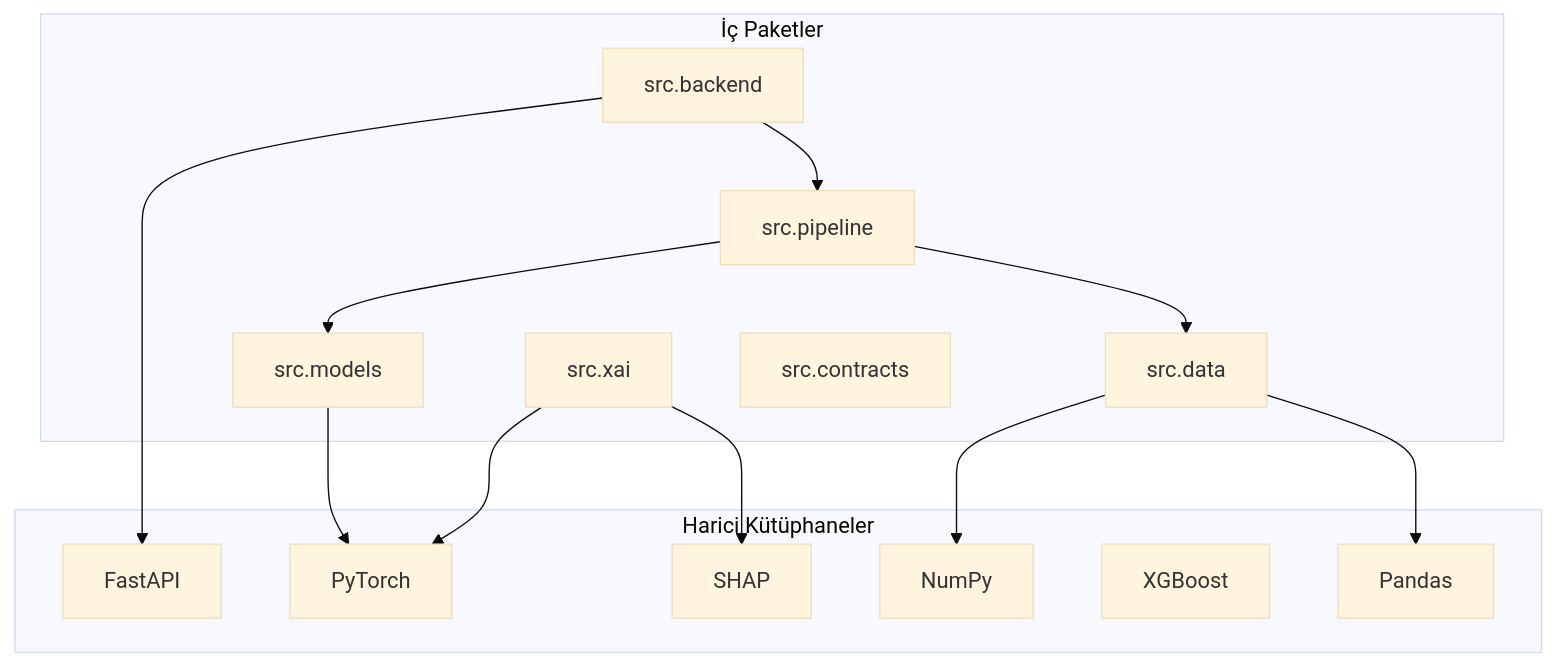
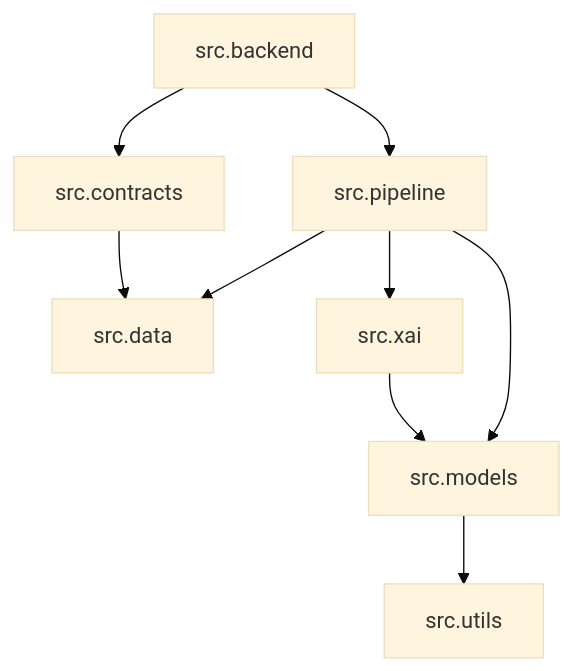
Before and after one commit to mUsaulug/CardioGuard-AI: the seventh of 8 diagrams in docs/diagrams/03_class_diagram.md, drawn with Mermaid (base theme). The commit also changed other lines of this file and 3 other files, not shown here.

````diff
--- a/docs/diagrams/03_class_diagram.md
+++ b/docs/diagrams/03_class_diagram.md
@@ -632,30 +248,19 @@
 ```mermaid
-graph TB
-    subgraph Harici_Kutuphaneler["Harici Kütüphaneler"]
-        TORCH["PyTorch"]
-        NUMPY["NumPy"]
-        PANDAS["Pandas"]
-        FASTAPI["FastAPI"]
-        XGBOOST["XGBoost"]
-        SHAP["SHAP"]
-    end
+graph TD
+    BACKEND["src.backend"]
+    PIPELINE["src.pipeline"]
+    MODELS["src.models"]
+    DATA["src.data"]
+    XAI["src.xai"]
+    CONTRACTS["src.contracts"]
+    UTILS["src.utils"]
     
-    subgraph Ic_Paketler["İç Paketler"]
-        MODELS["src.models"]
-        DATA["src.data"]
-        PIPELINE["src.pipeline"]
-        XAI["src.xai"]
-        BACKEND["src.backend"]
-        CONTRACTS["src.contracts"]
-    end
-    
-    MODELS --> TORCH
-    DATA --> NUMPY
-    DATA --> PANDAS
+    BACKEND --> PIPELINE
+    BACKEND --> CONTRACTS
     PIPELINE --> MODELS
     PIPELINE --> DATA
-    XAI --> TORCH
-    XAI --> SHAP
-    BACKEND --> FASTAPI
-    BACKEND --> PIPELINE
+    PIPELINE --> XAI
+    XAI --> MODELS
+    CONTRACTS --> DATA
+    MODELS --> UTILS
 ```
````
